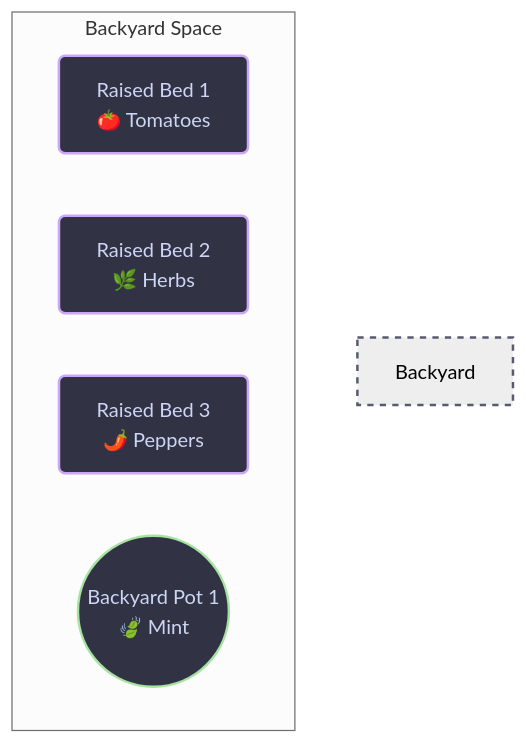
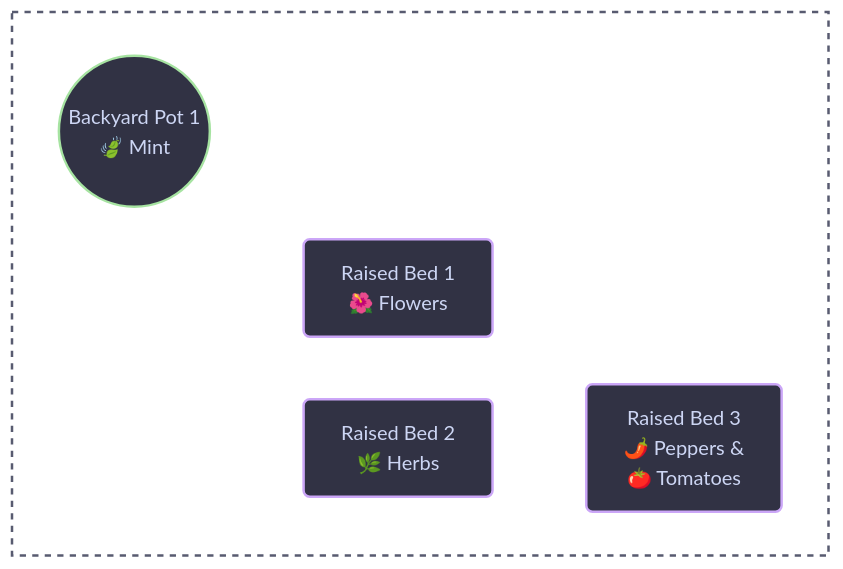
The diagram in docs/index.md (nicholaswilde/gardening), drawn with Mermaid (neutral theme) before and after one commit. The commit also changed other lines of this file and 15 other files, not shown here.

````diff
--- a/docs/index.md
+++ b/docs/index.md
@@ -10,24 +12,34 @@
 ```mermaid
 graph TD
     %% Garden Layout - Top View
-    subgraph Backyard Space
+    subgraph backyardSpace[" "]
         direction LR
-        Bed1[Raised Bed 1<br/>🍅 Tomatoes] 
-        Bed2[Raised Bed 2<br/>🌿 Herbs]
-        Bed3[Raised Bed 3<br/>🌶️ Peppers]
-        Pot1((Backyard Pot 1<br/>🍃 Mint))
+
+        Pot1((Backyard Pot 1<br/>🍃 Mint)) ~~~ Hidden1[" "] ~~~ Hidden2[" "]
+
+        %% First row
+        Hidden3[" "] ~~~ Bed1[Raised Bed 1<br/>🌺 Flowers] ~~~ Hidden4[" "]
+
+        %% Second row
+        Hidden5[" "] ~~~ Bed2[Raised Bed 2<br/>🌿 Herbs] ~~~  Bed3[Raised Bed 3<br/>🌶️  Peppers & <br/>🍅 Tomatoes]
+        
     end
     
     %% Interactive routing: Click a node to go to its specific markdown page
     click Bed1 "beds/raised-bed-1/" "Go to Bed 1 Notes"
     click Bed2 "beds/raised-bed-2/" "Go to Bed 2 Notes"
     click Bed3 "beds/raised-bed-3/" "Go to Bed 3 Notes"
     click Pot1 "containers/backyard-pot-1/" "Go to Pot 1 Notes"
     
     %% Catppuccin Mocha Styling
     style Bed1 fill:#313244,stroke:#cba6f7,stroke-width:2px,rx:5,ry:5,color:#cdd6f4
     style Bed2 fill:#313244,stroke:#cba6f7,stroke-width:2px,rx:5,ry:5,color:#cdd6f4
     style Bed3 fill:#313244,stroke:#cba6f7,stroke-width:2px,rx:5,ry:5,color:#cdd6f4
     style Pot1 fill:#313244,stroke:#a6e3a1,stroke-width:2px,color:#cdd6f4
-    style Backyard Space fill:transparent,stroke:#585b70,stroke-width:2px,stroke-dasharray: 5 5
+    style backyardSpace fill:transparent,stroke:#585b70,stroke-width:2px,stroke-dasharray: 5 5
+    style Hidden1 fill:none,stroke:none
+    style Hidden2 fill:none,stroke:none
+    style Hidden3 fill:none,stroke:none
+    style Hidden4 fill:none,stroke:none
+    style Hidden5 fill:none,stroke:none
 ```
````
